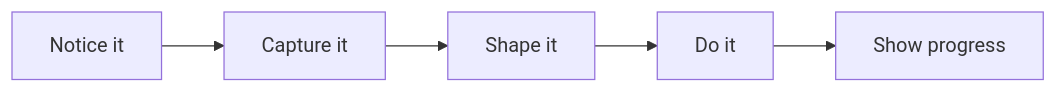
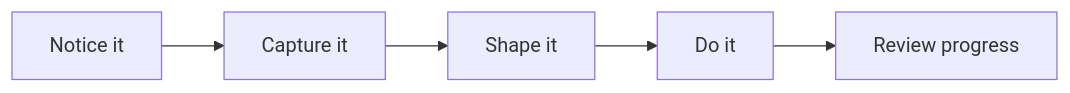
Before and after one commit to 1Zero9/jobjar: the diagram in docs/user-guide/jobjar-user-guide.md, drawn with Mermaid. The commit also changed other lines of this file and 18 other files, not shown here.

````diff
--- a/docs/user-guide/jobjar-user-guide.md
+++ b/docs/user-guide/jobjar-user-guide.md
@@ -22,7 +16,7 @@
 ```mermaid
 flowchart LR
   A[Notice it] --> B[Capture it]
   B --> C[Shape it]
   C --> D[Do it]
-  D --> E[Show progress]
+  D --> E[Review progress]
 ```
````
